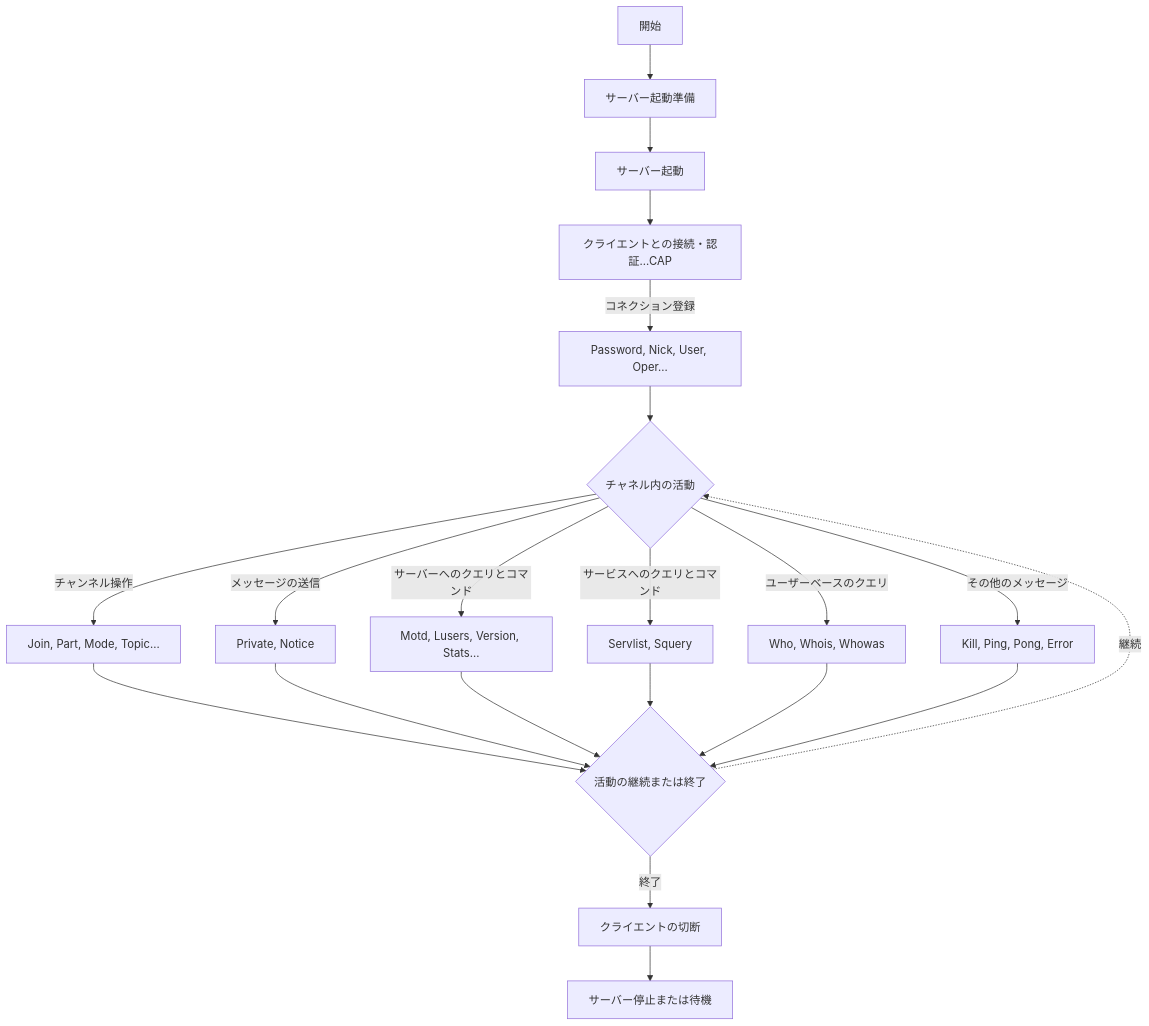
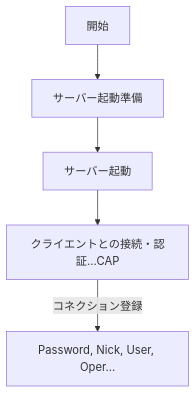
One commit to sora-grayscale/ft_irc changed the first of 3 diagrams in flowchart_01_overview.md. Above: the diagram before and after it, drawn with Mermaid.

Commit message:
[docs]: #30 try 1
[body]

[notes]

close #<issue-number>

````diff
--- a/flowchart_01_overview.md
+++ b/flowchart_01_overview.md
@@ -3,26 +3,7 @@
 ```mermaid
 flowchart TD
     A[開始] --> B[サーバー起動準備]
     B --> C[サーバー起動]
     C --> D[クライエントとの接続・認証...CAP]
     D -- コネクション登録 --> E[Password, Nick, User, Oper...]
-    E --> F{チャネル内の活動}
-    F -- チャンネル操作 --> G[Join, Part, Mode, Topic...]
-    F -- メッセージの送信 --> H[Private, Notice]
-    F -- サーバーへのクエリとコマンド --> I[Motd, Lusers, Version, Stats...]
-    F -- サービスへのクエリとコマンド --> J[Servlist, Squery]
-    F -- ユーザーベースのクエリ --> K[Who, Whois, Whowas]
-    F -- その他のメッセージ --> L[Kill, Ping, Pong, Error]
-    G --> M{活動の継続または終了}
-    H --> M{活動の継続または終了}
-    I --> M{活動の継続または終了}
-    J --> M{活動の継続または終了}
-    K --> M{活動の継続または終了}
-    L --> M{活動の継続または終了}
-    M -. 継続 .-> F
-    M -- 終了 --> N[クライエントの切断]
-    N --> O[サーバー停止または待機]
-
-    click B href "Makefile"
-    click C href "google.com"
 ```
````
